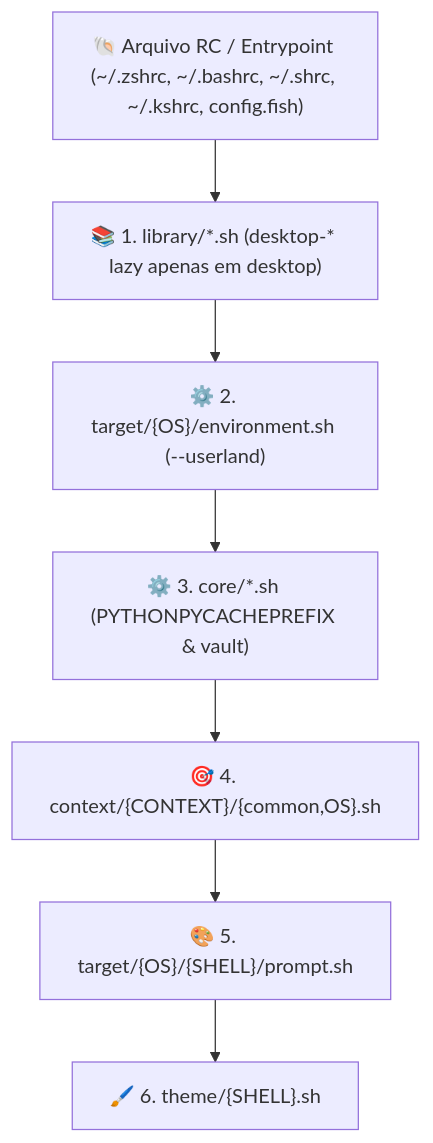
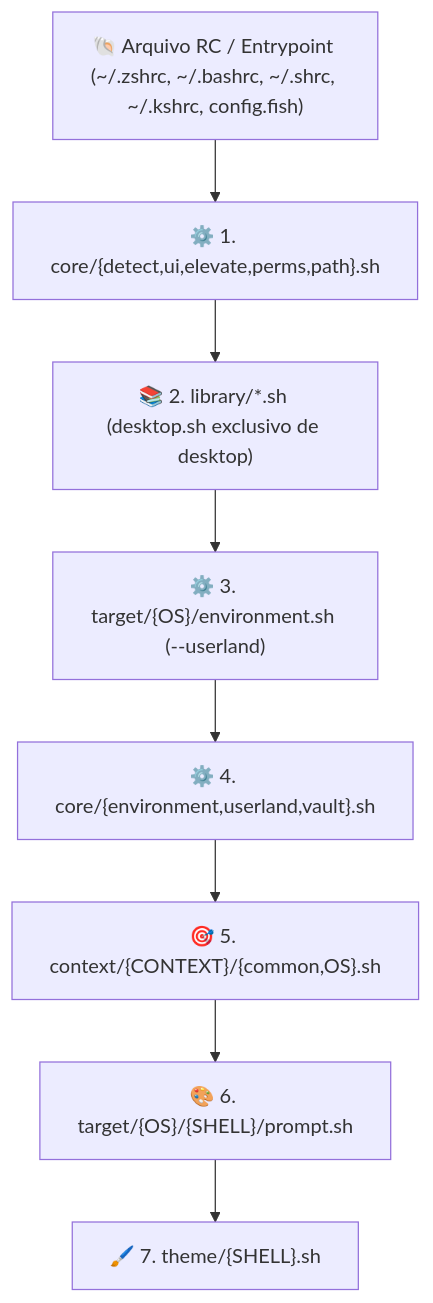
Before and after one commit to GabrielFrigo4/shell: the second of 2 diagrams in README.md, drawn with Mermaid. The commit also changed other lines of this file and 51 other files, not shown here.

Commit message:
refactor(arch): expand core modules, add library dispatchers and fix submodule upgit

````diff
--- a/README.md
+++ b/README.md
@@ -241,9 +241,10 @@
 ```mermaid
 flowchart TD
-    RC["🐚 Arquivo RC / Entrypoint (~/.zshrc, ~/.bashrc, ~/.shrc, ~/.kshrc, config.fish)"] --> LIB["📚 1. library/*.sh (desktop-* lazy apenas em desktop)"]
-    LIB --> TENV["⚙️ 2. target/{OS}/environment.sh (--userland)"]
-    TENV --> CORE["⚙️ 3. core/*.sh (PYTHONPYCACHEPREFIX & vault)"]
-    CORE --> CTX["🎯 4. context/{CONTEXT}/{common,OS}.sh"]
-    CTX --> TGT["🎨 5. target/{OS}/{SHELL}/prompt.sh"]
-    TGT --> THM["🖌️ 6. theme/{SHELL}.sh"]
+    RC["🐚 Arquivo RC / Entrypoint (~/.zshrc, ~/.bashrc, ~/.shrc, ~/.kshrc, config.fish)"] --> CBASE["⚙️ 1. core/{detect,ui,elevate,perms,path}.sh"]
+    CBASE --> LIB["📚 2. library/*.sh (desktop.sh exclusivo de desktop)"]
+    LIB --> TENV["⚙️ 3. target/{OS}/environment.sh (--userland)"]
+    TENV --> CORE["⚙️ 4. core/{environment,userland,vault}.sh"]
+    CORE --> CTX["🎯 5. context/{CONTEXT}/{common,OS}.sh"]
+    CTX --> TGT["🎨 6. target/{OS}/{SHELL}/prompt.sh"]
+    TGT --> THM["🖌️ 7. theme/{SHELL}.sh"]
 ```
````
